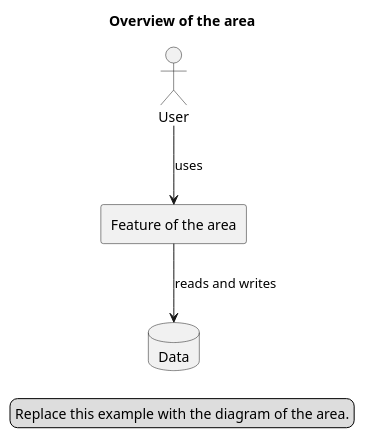
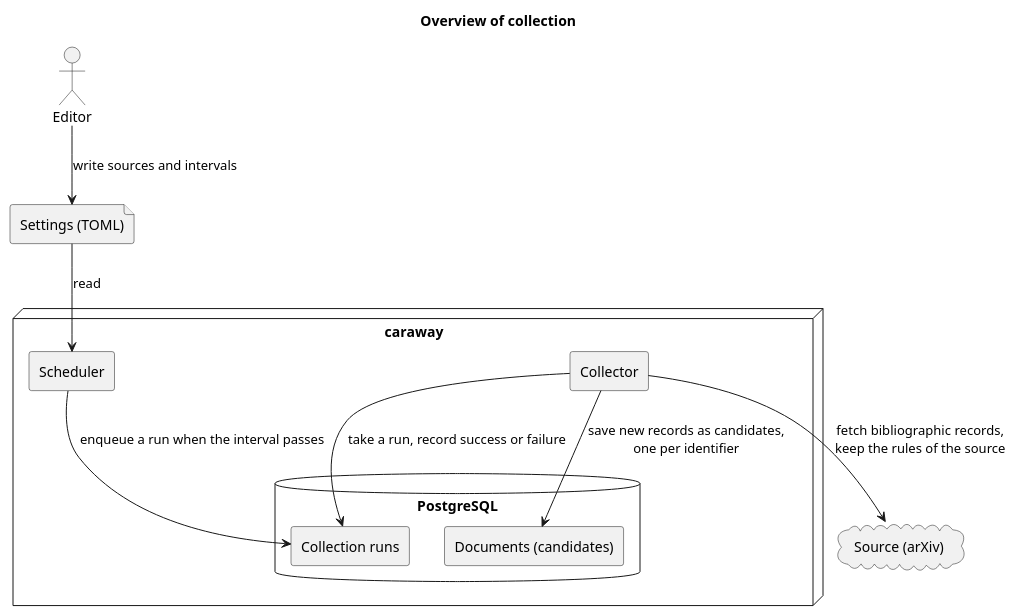
Before and after one commit to cloveclovedev/caraway: the diagram in docs/ja/requirements/source/overview.puml, drawn with PlantUML. The commit also changed 15 other files, not shown here.

First line of the commit message:
docs(requirements): draft the overview, technology, glossary, backlog, and the SOURCE area

```diff
--- a/docs/ja/requirements/source/overview.puml
+++ b/docs/ja/requirements/source/overview.puml
@@ -1,16 +1,25 @@
 @startuml overview
-title Overview of the area
+title Overview of collection
 skinparam shadowing false
 skinparam componentStyle rectangle
 
-actor "User" as user
-[Feature of the area] as feature
-database "Data" as data
+actor "Editor" as editor
+file "Settings (TOML)" as settings
+cloud "Source (arXiv)" as source
 
-user --> feature : uses
-feature --> data : reads and writes
+node "caraway" {
+  [Scheduler] as scheduler
+  [Collector] as collector
+  database "PostgreSQL" as db {
+    [Collection runs] as runs
+    [Documents (candidates)] as documents
+  }
+}
 
-legend right
-  Replace this example with the diagram of the area.
-endlegend
+editor --> settings : write sources and intervals
+settings --> scheduler : read
+scheduler --> runs : enqueue a run when the interval passes
+collector --> runs : take a run, record success or failure
+collector --> source : fetch bibliographic records,\nkeep the rules of the source
+collector --> documents : save new records as candidates,\none per identifier
 @enduml
```
